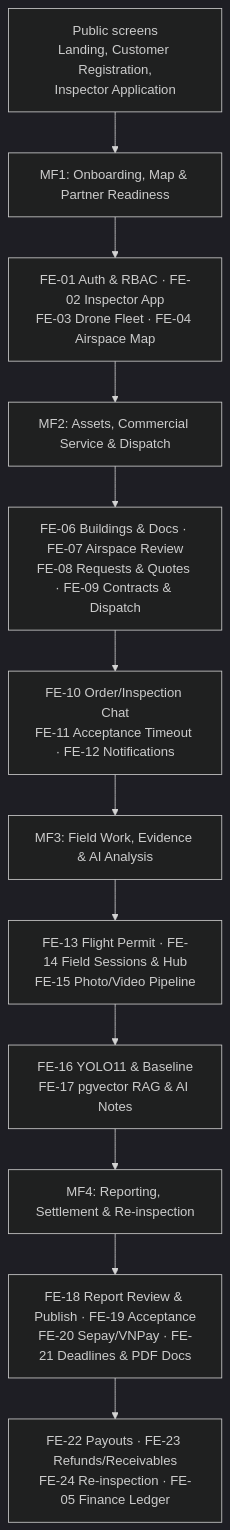
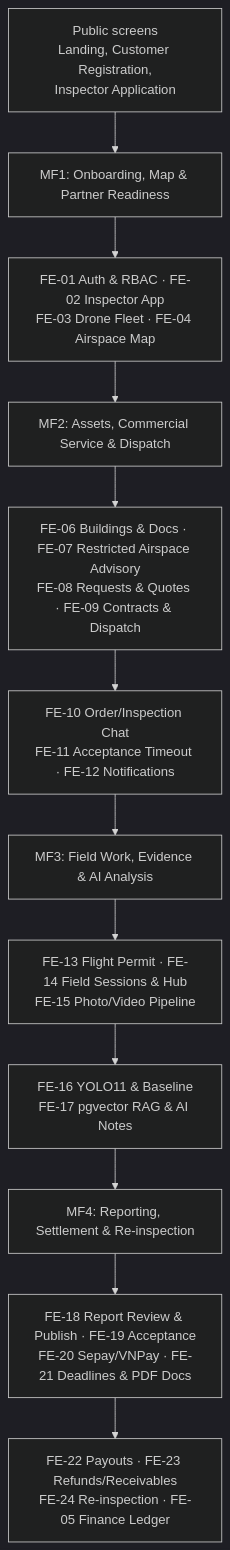
Before and after one commit to tungbach12/SmartDroneInspection-Docs: the first of 2 diagrams in reports/report-3-software-requirement-specification/03-functional-requirements.md, drawn with Mermaid (dark theme). The commit also changed other lines of this file and 13 other files, not shown here.

Commit message:
docs(srs,diagrams): align MF1A warning flow and Manager-only MF1B/MF3 scope

````diff
--- a/reports/report-3-software-requirement-specification/03-functional-requirements.md
+++ b/reports/report-3-software-requirement-specification/03-functional-requirements.md
@@ -18,25 +18,25 @@
 ```mermaid
 %% title: Business Screens Flow Diagram
 flowchart TD
   PUB["Public screens<br/>Landing, Customer Registration,<br/>Inspector Application"]
 
   MF1["MF1: Onboarding, Map & Partner Readiness"]
   FE01_04["FE-01 Auth & RBAC · FE-02 Inspector App<br/>FE-03 Drone Fleet · FE-04 Airspace Map"]
 
   MF2["MF2: Assets, Commercial Service & Dispatch"]
-  FE06_09["FE-06 Buildings & Docs · FE-07 Airspace Review<br/>FE-08 Requests & Quotes · FE-09 Contracts & Dispatch"]
+  FE06_09["FE-06 Buildings & Docs · FE-07 Restricted Airspace Advisory<br/>FE-08 Requests & Quotes · FE-09 Contracts & Dispatch"]
   FE10_12["FE-10 Order/Inspection Chat<br/>FE-11 Acceptance Timeout · FE-12 Notifications"]
 
   MF3["MF3: Field Work, Evidence & AI Analysis"]
   FE13_15["FE-13 Flight Permit · FE-14 Field Sessions & Hub<br/>FE-15 Photo/Video Pipeline"]
   FE16_17["FE-16 YOLO11 & Baseline<br/>FE-17 pgvector RAG & AI Notes"]
 
   MF4["MF4: Reporting, Settlement & Re-inspection"]
   FE18_21["FE-18 Report Review & Publish · FE-19 Acceptance<br/>FE-20 Sepay/VNPay · FE-21 Deadlines & PDF Docs"]
   FE22_24["FE-22 Payouts · FE-23 Refunds/Receivables<br/>FE-24 Re-inspection · FE-05 Finance Ledger"]
 
   PUB --> MF1 --> FE01_04 --> MF2
   MF2 --> FE06_09 --> FE10_12 --> MF3
   MF3 --> FE13_15 --> FE16_17 --> MF4
   MF4 --> FE18_21 --> FE22_24
 ```
````
